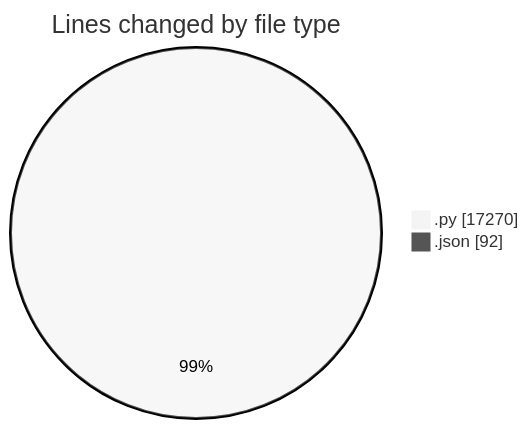
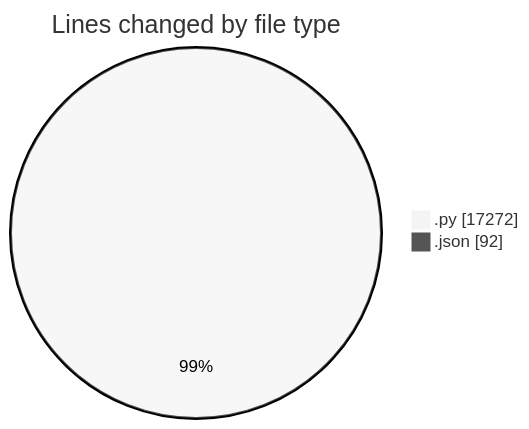
Before and after one commit to jrari/code-tracking: the first of 2 diagrams in 2025-07-13/telebot/README.md, drawn with Mermaid (neutral theme). The commit also changed other lines of this file and 1 other file, not shown here.

````diff
--- a/2025-07-13/telebot/README.md
+++ b/2025-07-13/telebot/README.md
@@ -46,6 +46,6 @@
 ```mermaid
 pie showData
 title Lines changed by file type
-".py" : 17270
+".py" : 17272
 ".json" : 92
 ```
````
